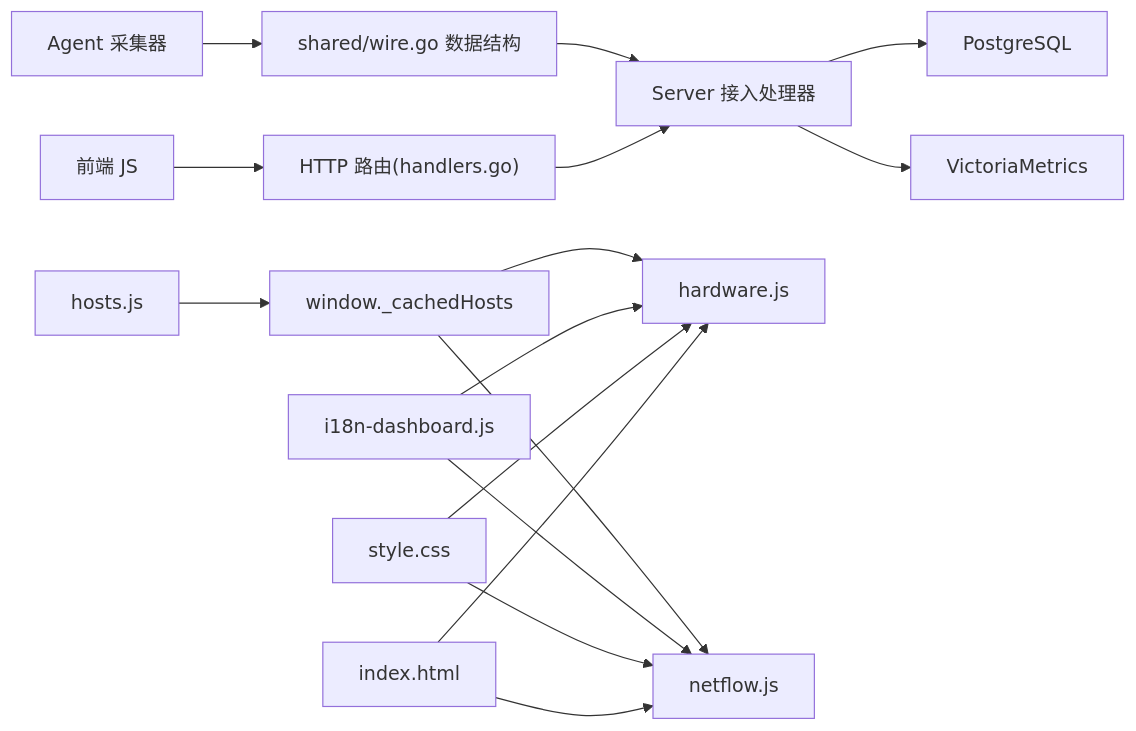
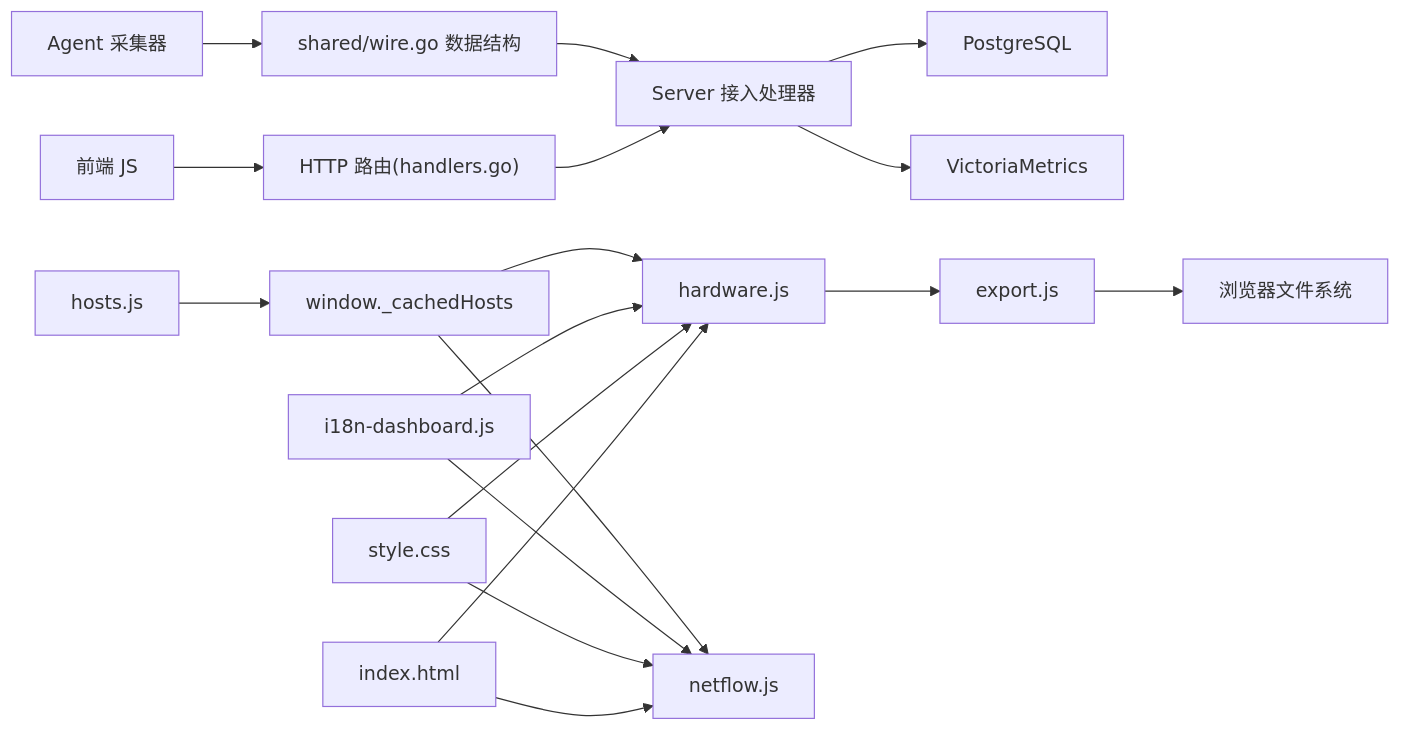
Diagram 11 of 11 in .qoder/repowiki/zh/content/核心功能/监控系统/硬件监控仪表板.md (sreyun/aiops-monitor), drawn with Mermaid before and after one commit. The commit also changed other lines of this file and 14 other files, not shown here.

````diff
--- a/.qoder/repowiki/zh/content/核心功能/监控系统/硬件监控仪表板.md
+++ b/.qoder/repowiki/zh/content/核心功能/监控系统/硬件监控仪表板.md
@@ -503,18 +580,20 @@
 ```mermaid
 graph LR
 A["Agent 采集器"] --> W["shared/wire.go 数据结构"]
 W --> H["Server 接入处理器"]
 H --> P["PostgreSQL"]
 H --> V["VictoriaMetrics"]
 U["前端 JS"] --> R["HTTP 路由(handlers.go)"]
 R --> H
 HostsJS["hosts.js"] --> Cache["window._cachedHosts"]
 Cache --> HWJS["hardware.js"]
 Cache --> NFJS["netflow.js"]
 I18N["i18n-dashboard.js"] --> HWJS
 I18N --> NFJS
 Style["style.css"] --> HWJS
 Style --> NFJS
 Index["index.html"] --> HWJS
 Index --> NFJS
+HWJS --> ExportJS["export.js"]
+ExportJS --> Browser["浏览器文件系统"]
 ```
````
